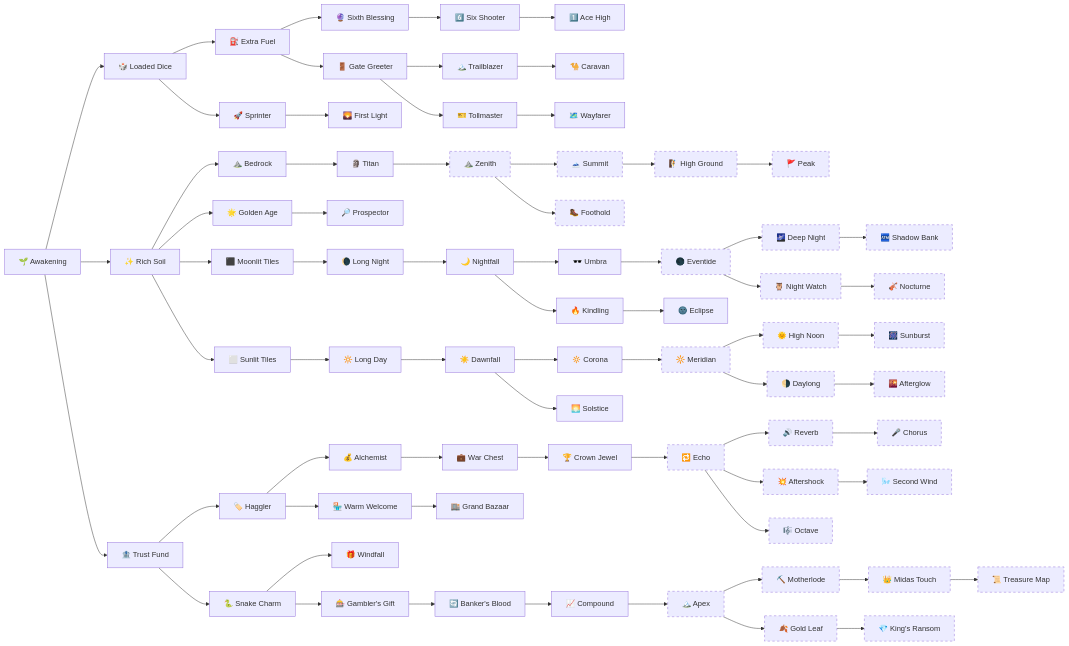
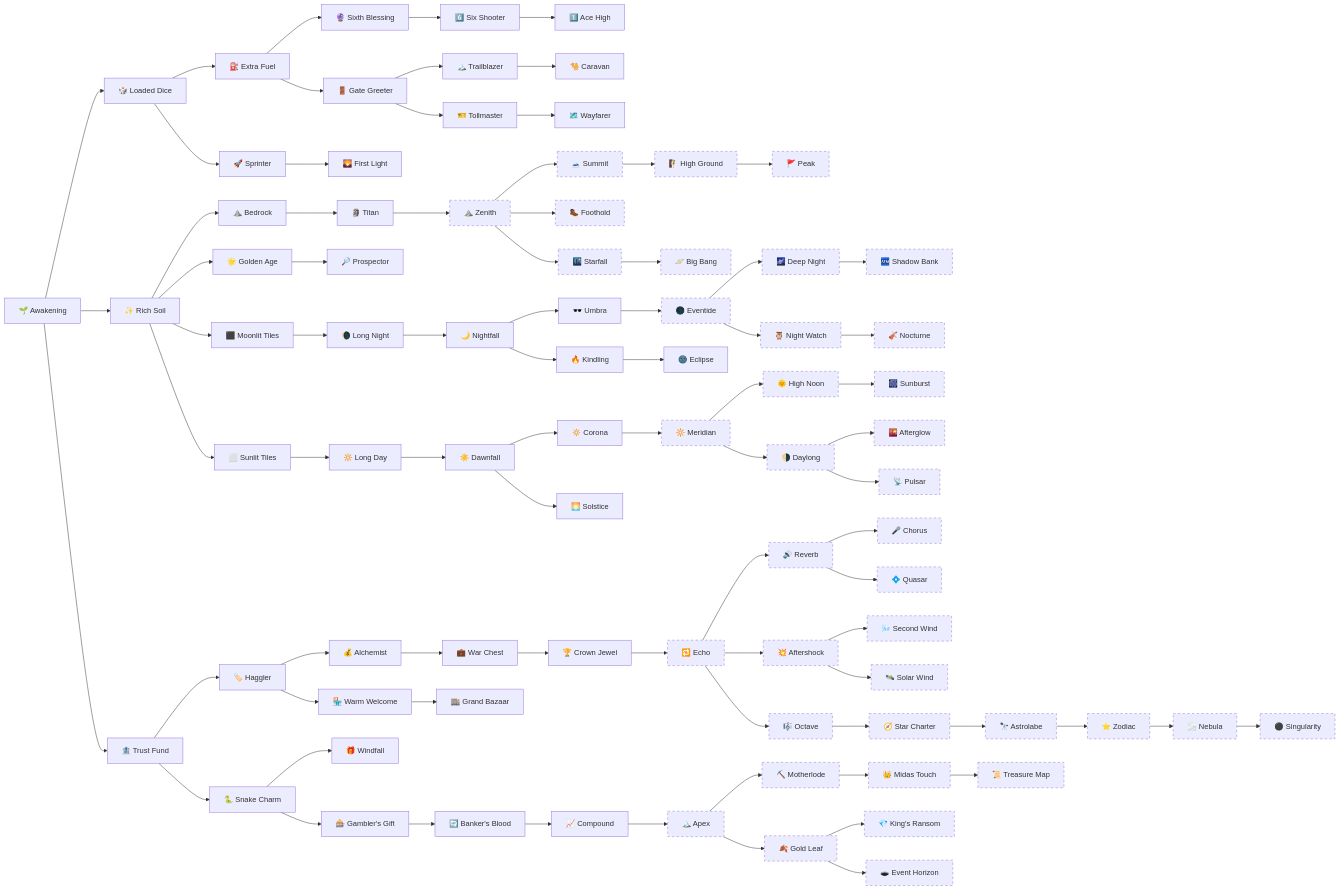
Before and after one commit to WindingDuke77/amethyst-arcade-wiki: the diagram in docs/rogue-roller/meta-tree.md, drawn with Mermaid. The commit also changed other lines of this file and 43 other files, not shown here.

````diff
--- a/docs/rogue-roller/meta-tree.md
+++ b/docs/rogue-roller/meta-tree.md
@@ -61,6 +62,8 @@
     n_reverb["🔊 Reverb"]
     n_aftershock["💥 Aftershock"]
     n_octave["🎼 Octave"]
+    n_starCharter["🧭 Star Charter"]
+    n_stargazer["🔭 Astrolabe"]
     n_secondWind["🌬️ Second Wind"]
     n_chorus["🎤 Chorus"]
     n_zenith["⛰️ Zenith"]
@@ -84,6 +87,15 @@
     n_midas["👑 Midas Touch"]
     n_kingsRansom["💎 King's Ransom"]
     n_treasureMap["📜 Treasure Map"]
+    n_starfall["🌃 Starfall"]
+    n_solarWind["🛰️ Solar Wind"]
+    n_constellation["⭐ Zodiac"]
+    n_pulsar["📡 Pulsar"]
+    n_quasar["💠 Quasar"]
+    n_nebula["🌫️ Nebula"]
+    n_bigBang["🪐 Big Bang"]
+    n_eventHorizon["🕳️ Event Horizon"]
+    n_singularity["⚫ Singularity"]
     n_awaken --> n_loadedDice
     n_loadedDice --> n_extraFuel
     n_extraFuel --> n_sixthBlessing
@@ -128,6 +140,8 @@
     n_echo --> n_reverb
     n_echo --> n_aftershock
     n_echo --> n_octave
+    n_octave --> n_starCharter
+    n_starCharter --> n_stargazer
     n_aftershock --> n_secondWind
     n_reverb --> n_chorus
     n_titan --> n_zenith
@@ -151,6 +165,15 @@
     n_motherlode --> n_midas
     n_goldLeaf --> n_kingsRansom
     n_midas --> n_treasureMap
+    n_zenith --> n_starfall
+    n_aftershock --> n_solarWind
+    n_stargazer --> n_constellation
+    n_daylong --> n_pulsar
+    n_reverb --> n_quasar
+    n_constellation --> n_nebula
+    n_starfall --> n_bigBang
+    n_goldLeaf --> n_eventHorizon
+    n_nebula --> n_singularity
     classDef ascend stroke-dasharray: 5 5
-    class n_echo,n_reverb,n_aftershock,n_octave,n_secondWind,n_chorus,n_zenith,n_summit,n_foothold,n_highGround,n_peak,n_eventide,n_deepNight,n_nightWatch,n_shadowBank,n_nocturne,n_meridian,n_highNoon,n_daylong,n_sunburst,n_afterglow,n_apex,n_motherlode,n_goldLeaf,n_midas,n_kingsRansom,n_treasureMap ascend
+    class n_echo,n_reverb,n_aftershock,n_octave,n_starCharter,n_stargazer,n_secondWind,n_chorus,n_zenith,n_summit,n_foothold,n_highGround,n_peak,n_eventide,n_deepNight,n_nightWatch,n_shadowBank,n_nocturne,n_meridian,n_highNoon,n_daylong,n_sunburst,n_afterglow,n_apex,n_motherlode,n_goldLeaf,n_midas,n_kingsRansom,n_treasureMap,n_starfall,n_solarWind,n_constellation,n_pulsar,n_quasar,n_nebula,n_bigBang,n_eventHorizon,n_singularity ascend
 ```
````
